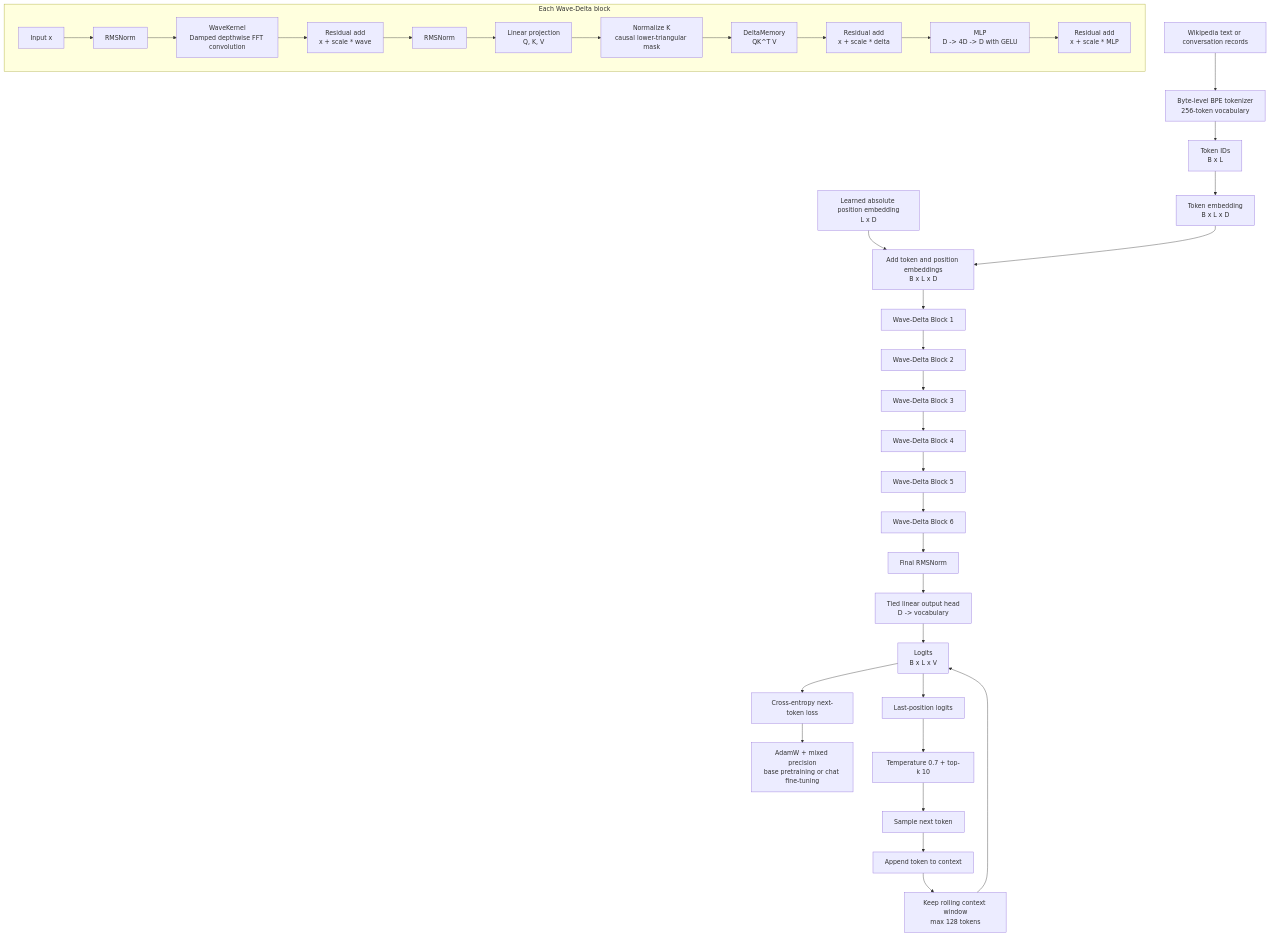
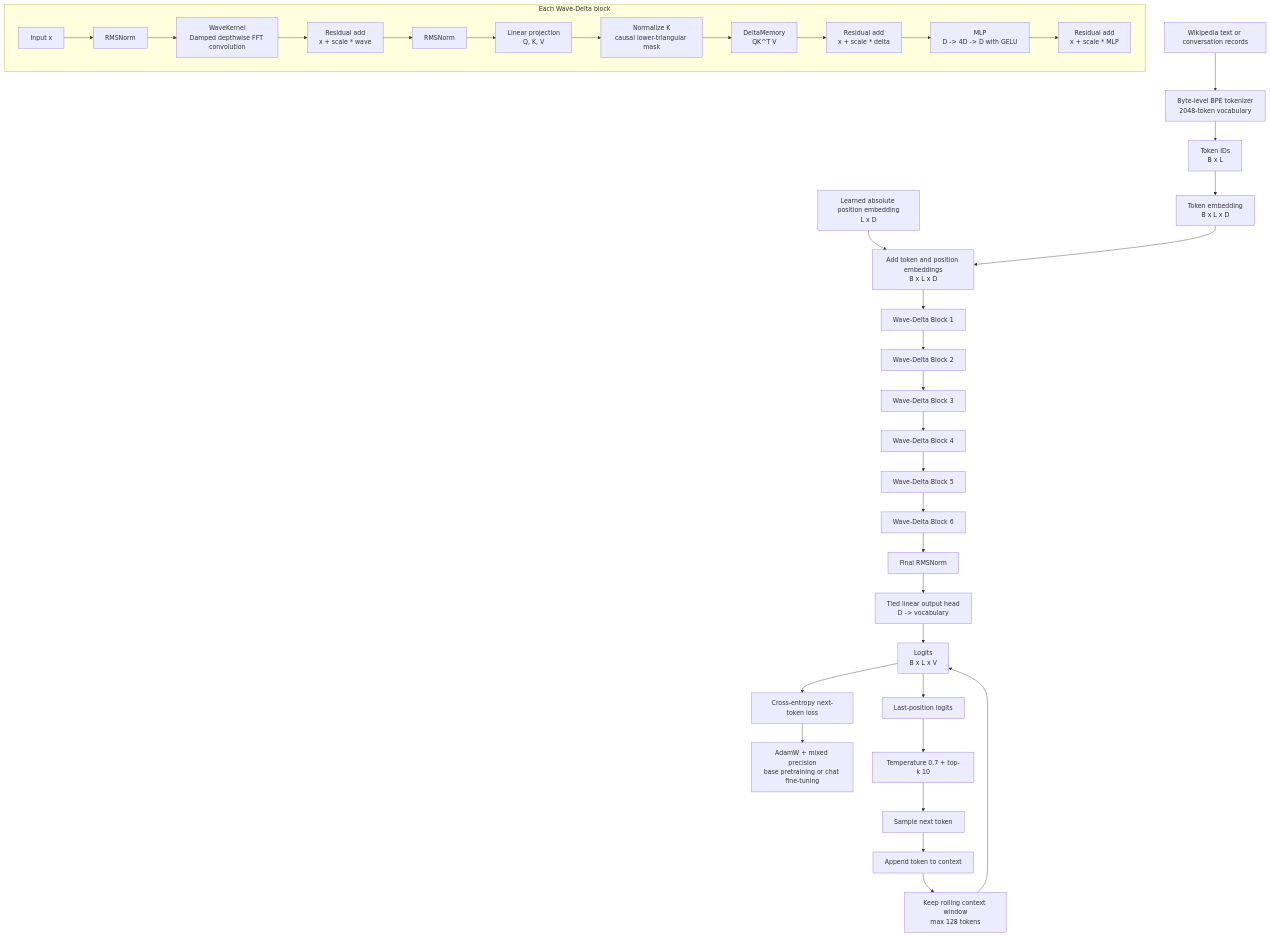
Before and after one commit to alpesh-gupta-company/ark: the diagram in ARCHITECTURE.md, drawn with Mermaid. The commit also changed 8 other files, not shown here.

First line of the commit message:
feat: upgrade BPE tokenizer to 2,048 subwords and improve chat fine-tuning

````diff
--- a/ARCHITECTURE.md
+++ b/ARCHITECTURE.md
@@ -7,41 +7,41 @@
 ```mermaid
 flowchart TD
-    A[Wikipedia text or conversation records] --> B[Byte-level BPE tokenizer\n256-token vocabulary]
+    A[Wikipedia text or conversation records] --> B[Byte-level BPE tokenizer\n2048-token vocabulary]
     B --> C[Token IDs\nB x L]
     C --> D[Token embedding\nB x L x D]
     P[Learned absolute position embedding\nL x D] --> E
     D --> E[Add token and position embeddings\nB x L x D]
 
     E --> F1[Wave-Delta Block 1]
     F1 --> F2[Wave-Delta Block 2]
     F2 --> F3[Wave-Delta Block 3]
     F3 --> F4[Wave-Delta Block 4]
     F4 --> F5[Wave-Delta Block 5]
     F5 --> F6[Wave-Delta Block 6]
 
     subgraph BLOCK[Each Wave-Delta block]
         X[Input x] --> N1[RMSNorm]
         N1 --> W[WaveKernel\nDamped depthwise FFT convolution]
         W --> R1[Residual add\nx + scale * wave]
         R1 --> N2[RMSNorm]
         N2 --> QKV[Linear projection\nQ, K, V]
         QKV --> CM[Normalize K\ncausal lower-triangular mask]
         CM --> DM[DeltaMemory\nQK^T V]
         DM --> R2[Residual add\nx + scale * delta]
         R2 --> MLP[MLP\nD -> 4D -> D with GELU]
         MLP --> R3[Residual add\nx + scale * MLP]
     end
 
     F6 --> G[Final RMSNorm]
     G --> H[Tied linear output head\nD -> vocabulary]
     H --> I[Logits\nB x L x V]
     I --> J[Cross-entropy next-token loss]
     J --> K[AdamW + mixed precision\nbase pretraining or chat fine-tuning]
 
     I --> L[Last-position logits]
     L --> M[Temperature 0.7 + top-k 10]
     M --> N[Sample next token]
     N --> O[Append token to context]
     O --> P2[Keep rolling context window\nmax 128 tokens]
     P2 --> I
 ```
````
